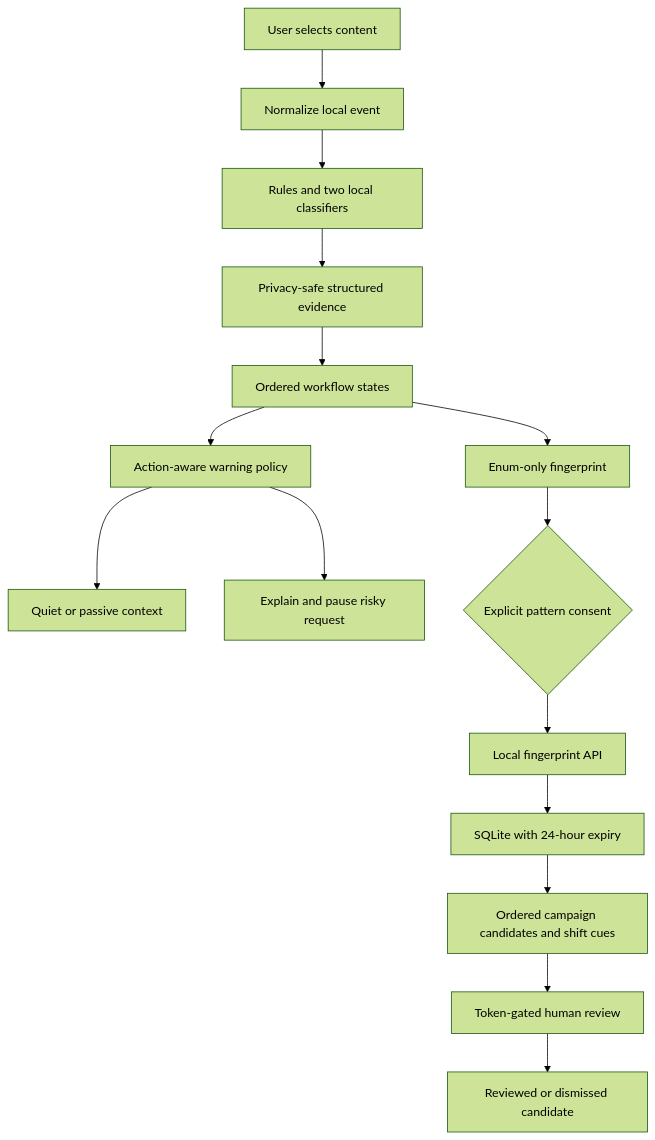
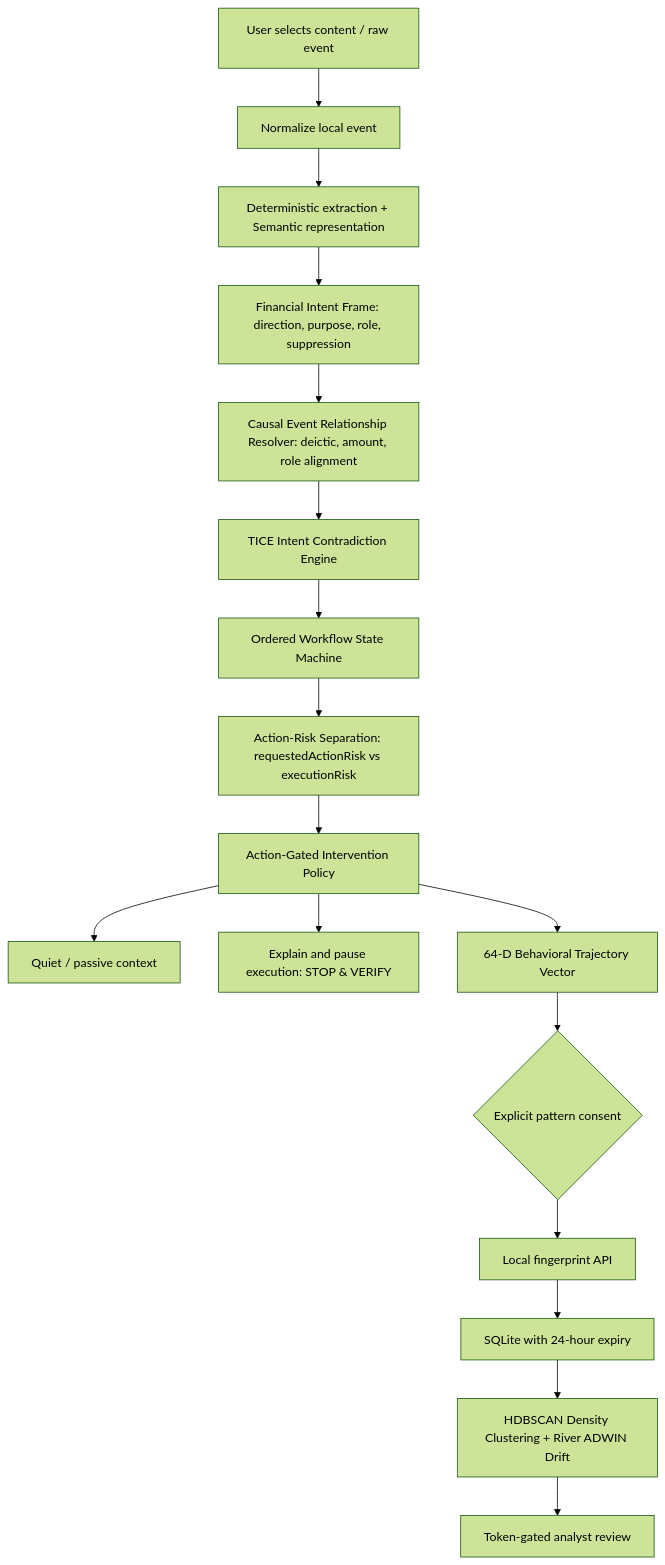
One commit to 1shu1iwari-crypto/AI-Protect changed the diagram in docs/ARCHITECTURE.md. Above: the diagram before and after it, drawn with Mermaid (forest theme). The commit also changed other lines of this file and 20 other files, not shown here.

First line of the commit message:
feat: upgrade ScamGuard to hybrid semantic + deterministic financial reasoning

````diff
--- a/docs/ARCHITECTURE.md
+++ b/docs/ARCHITECTURE.md
@@ -5,17 +5,19 @@
 ```mermaid
 flowchart TD
-  U[User selects content] --> N[Normalize local event]
-  N --> R[Rules and two local classifiers]
-  R --> E[Privacy-safe structured evidence]
-  E --> S[Ordered workflow states]
-  S --> A[Action-aware warning policy]
-  A --> Q[Quiet or passive context]
-  A --> W[Explain and pause risky request]
-  S --> F[Enum-only fingerprint]
-  F --> C{Explicit pattern consent}
+  U[User selects content / raw event] --> N[Normalize local event]
+  N --> S1[Deterministic extraction + Semantic representation]
+  S1 --> FIF[Financial Intent Frame: direction, purpose, role, suppression]
+  FIF --> ERR[Causal Event Relationship Resolver: deictic, amount, role alignment]
+  ERR --> TICE[TICE Intent Contradiction Engine]
+  TICE --> WF[Ordered Workflow State Machine]
+  WF --> AR[Action-Risk Separation: requestedActionRisk vs executionRisk]
+  AR --> POL[Action-Gated Intervention Policy]
+  POL --> Q[Quiet / passive context]
+  POL --> W[Explain and pause execution: STOP & VERIFY]
+  POL --> TR[64-D Behavioral Trajectory Vector]
+  TR --> C{Explicit pattern consent}
   C --> API[Local fingerprint API]
   API --> DB[SQLite with 24-hour expiry]
-  DB --> CL[Ordered campaign candidates and shift cues]
-  CL --> H[Token-gated human review]
-  H --> D[Reviewed or dismissed candidate]
+  DB --> RAD[HDBSCAN Density Clustering + River ADWIN Drift]
+  RAD --> H[Token-gated analyst review]
 ```
````
